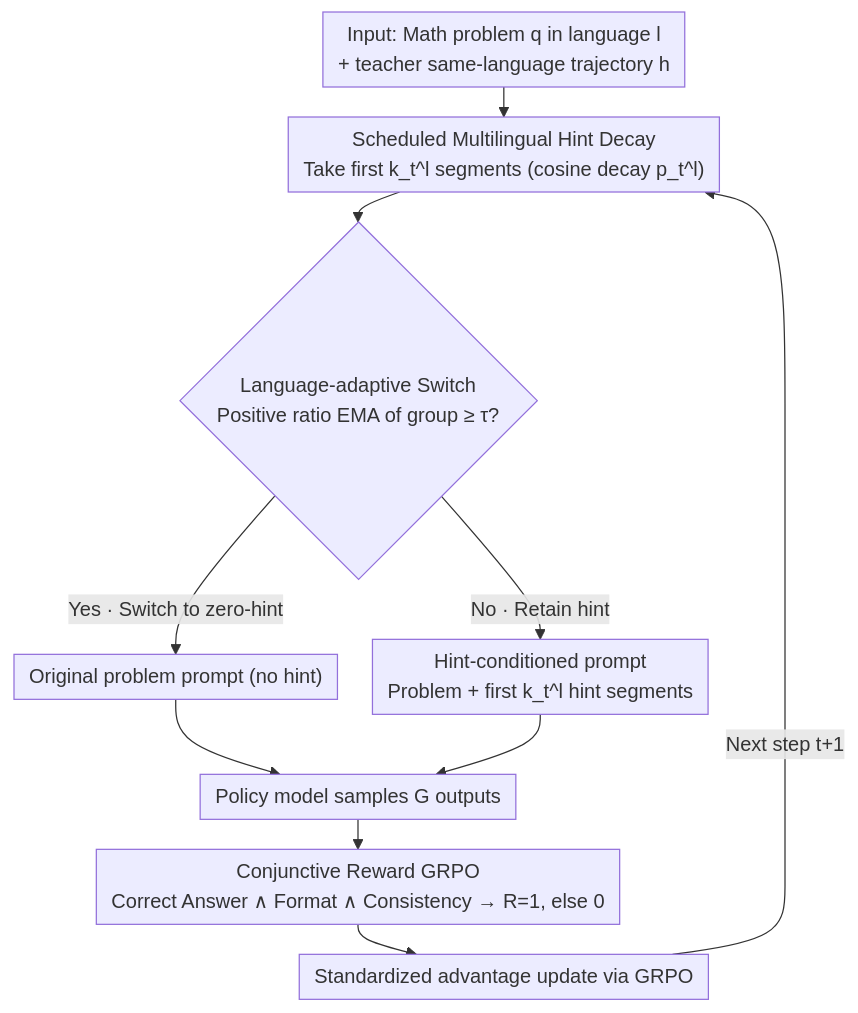
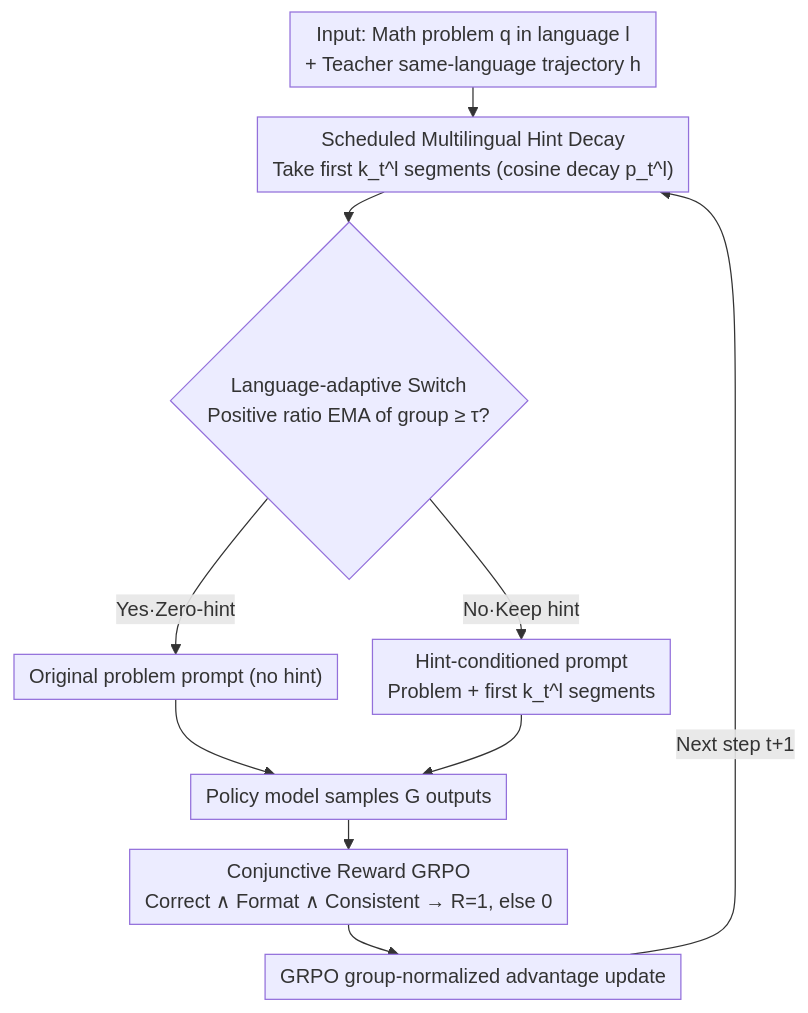
The diagram in docs/ACL2026/reinforcement_learning/lang_reinforcement_learning_for_multilingual_reasoning_with_language-adaptive_hi.md (zhaoyang97/Paper-Notes-en), drawn with Mermaid before and after one commit. The commit also changed other lines of this file and 5084 other files, not shown here.

````diff
--- a/docs/ACL2026/reinforcement_learning/lang_reinforcement_learning_for_multilingual_reasoning_with_language-adaptive_hi.md
+++ b/docs/ACL2026/reinforcement_learning/lang_reinforcement_learning_for_multilingual_reasoning_with_language-adaptive_hi.md
@@ -44,13 +44,13 @@
 ```mermaid
 %%{init: {'flowchart': {'rankSpacing': 24, 'nodeSpacing': 28, 'padding': 6, 'wrappingWidth': 400}}}%%
 flowchart TD
-    A["Input: Math problem q in language l<br/>+ teacher same-language trajectory h"] --> B["Scheduled Multilingual Hint Decay<br/>Take first k_t^l segments (cosine decay p_t^l)"]
+    A["Input: Math problem q in language l<br/>+ Teacher same-language trajectory h"] --> B["Scheduled Multilingual Hint Decay<br/>Take first k_t^l segments (cosine decay p_t^l)"]
     B --> C{"Language-adaptive Switch<br/>Positive ratio EMA of group ≥ τ?"}
-    C -->|"Yes · Switch to zero-hint"| D["Original problem prompt (no hint)"]
-    C -->|"No · Retain hint"| E["Hint-conditioned prompt<br/>Problem + first k_t^l hint segments"]
+    C -->|"Yes·Zero-hint"| D["Original problem prompt (no hint)"]
+    C -->|"No·Keep hint"| E["Hint-conditioned prompt<br/>Problem + first k_t^l segments"]
     D --> F["Policy model samples G outputs"]
     E --> F
-    F --> G["Conjunctive Reward GRPO<br/>Correct Answer ∧ Format ∧ Consistency → R=1, else 0"]
-    G --> H["Standardized advantage update via GRPO"]
+    F --> G["Conjunctive Reward GRPO<br/>Correct ∧ Format ∧ Consistent → R=1, else 0"]
+    G --> H["GRPO group-normalized advantage update"]
     H -->|"Next step t+1"| B
 ```
````
